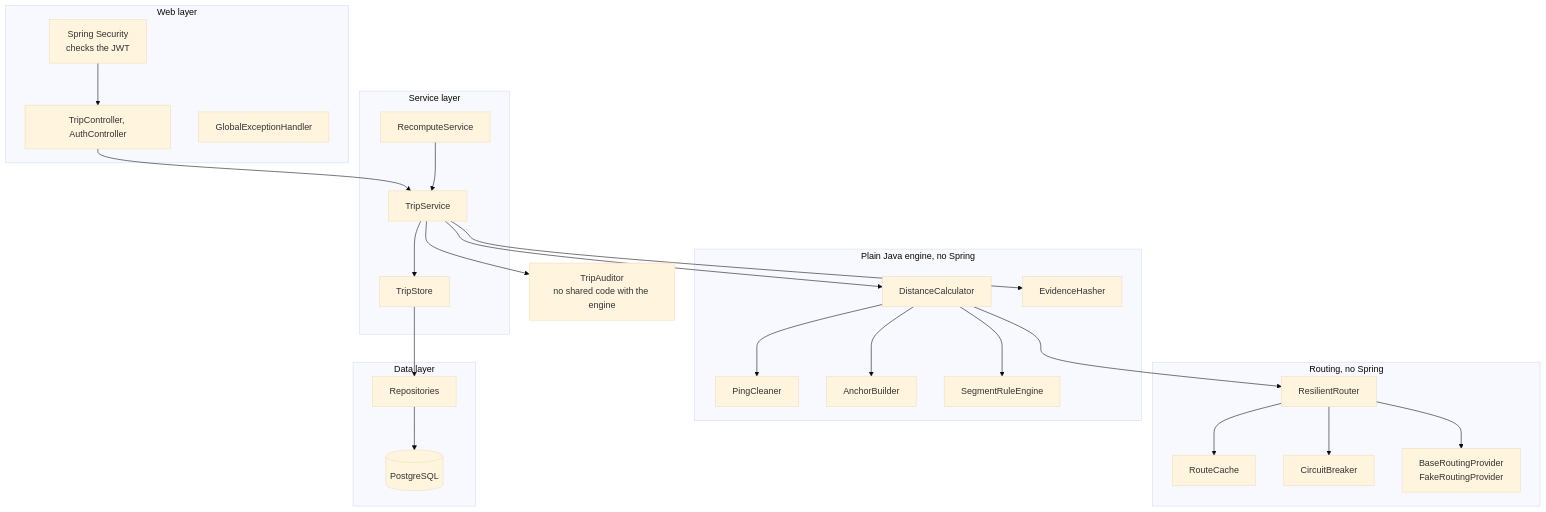
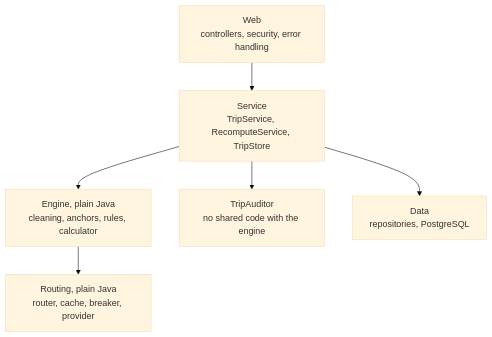
One commit to Kxvya18/gps-distance-engine changed the second of 13 diagrams in docs/DESIGN.md. Above: the diagram before and after it, drawn with Mermaid (base theme). The commit also changed other lines of this file and 1 other file, not shown here.

Commit message:
Remove tick marks from the test catalogue and shrink the two largest design diagrams

````diff
--- a/docs/DESIGN.md
+++ b/docs/DESIGN.md
@@ -84,48 +65,15 @@
 ```mermaid
 flowchart TB
-    subgraph Web["Web layer"]
-        Filter["Spring Security<br/>checks the JWT"]
-        Controllers["TripController, AuthController"]
-        Handler["GlobalExceptionHandler"]
-    end
-    subgraph Service["Service layer"]
-        TripService
-        RecomputeService
-        TripStore
-    end
-    subgraph Engine["Plain Java engine, no Spring"]
-        Calculator["DistanceCalculator"]
-        Cleaner["PingCleaner"]
-        Anchors["AnchorBuilder"]
-        Rules["SegmentRuleEngine"]
-        Hasher["EvidenceHasher"]
-    end
-    subgraph Routing["Routing, no Spring"]
-        Router["ResilientRouter"]
-        Cache["RouteCache"]
-        Breaker["CircuitBreaker"]
-        Provider["BaseRoutingProvider<br/>FakeRoutingProvider"]
-    end
+    Web["Web<br/>controllers, security, error handling"]
+    Service["Service<br/>TripService, RecomputeService, TripStore"]
+    Engine["Engine, plain Java<br/>cleaning, anchors, rules, calculator"]
     Auditor["TripAuditor<br/>no shared code with the engine"]
-    subgraph Data["Data layer"]
-        Repos["Repositories"]
-        DB[("PostgreSQL")]
-    end
+    Routing["Routing, plain Java<br/>router, cache, breaker, provider"]
+    Data["Data<br/>repositories, PostgreSQL"]
 
-    Filter --> Controllers
-    Controllers --> TripService
-    RecomputeService --> TripService
-    TripService --> Calculator
-    TripService --> Auditor
-    TripService --> Hasher
-    TripService --> TripStore
-    TripStore --> Repos
-    Repos --> DB
-    Calculator --> Cleaner
-    Calculator --> Anchors
-    Calculator --> Rules
-    Calculator --> Router
-    Router --> Cache
-    Router --> Breaker
-    Router --> Provider
+    Web --> Service
+    Service --> Engine
+    Service --> Auditor
+    Service --> Data
+    Engine --> Routing
 ```
````
